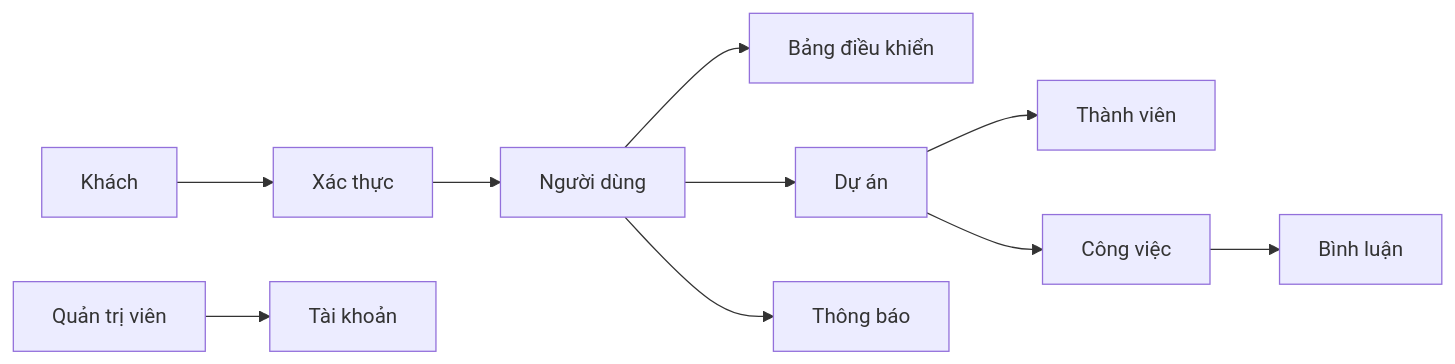
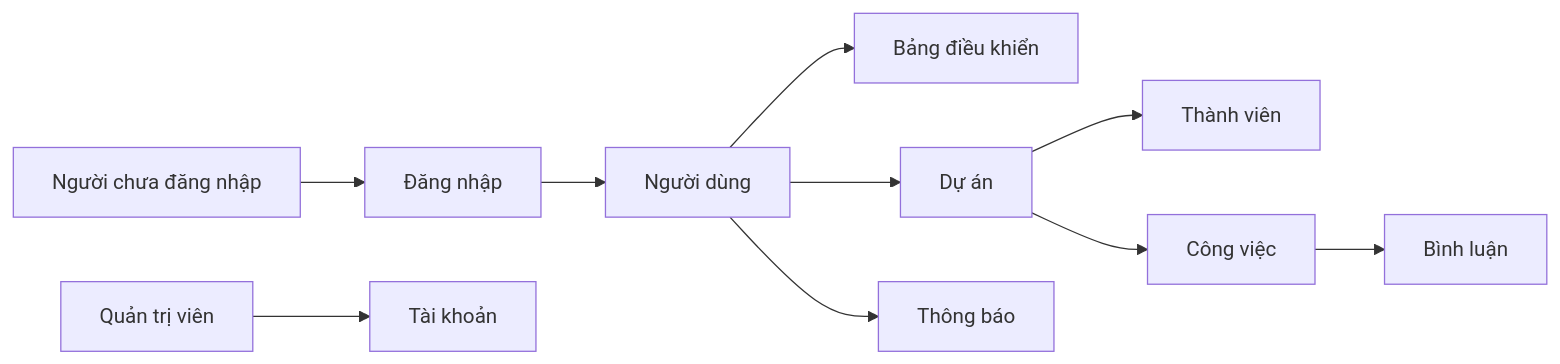
The diagram in docs/01-srs-dac-ta-yeu-cau.md (tuanhdevvn/Project-Management-ICTU), drawn with Mermaid before and after one commit. The commit also changed other lines of this file and 11 other files, not shown here.

````diff
--- a/docs/01-srs-dac-ta-yeu-cau.md
+++ b/docs/01-srs-dac-ta-yeu-cau.md
@@ -77,12 +81,12 @@
 ```mermaid
 flowchart LR
-    Guest[Khách] --> Auth[Xác thực]
+    Guest[Người chưa đăng nhập] --> Auth[Đăng nhập]
     Auth --> User[Người dùng]
     User --> Dash[Bảng điều khiển]
     User --> Project[Dự án]
     Project --> Member[Thành viên]
     Project --> Task[Công việc]
     Task --> Comment[Bình luận]
     User --> Notice[Thông báo]
     Admin[Quản trị viên] --> Account[Tài khoản]
 ```
````
